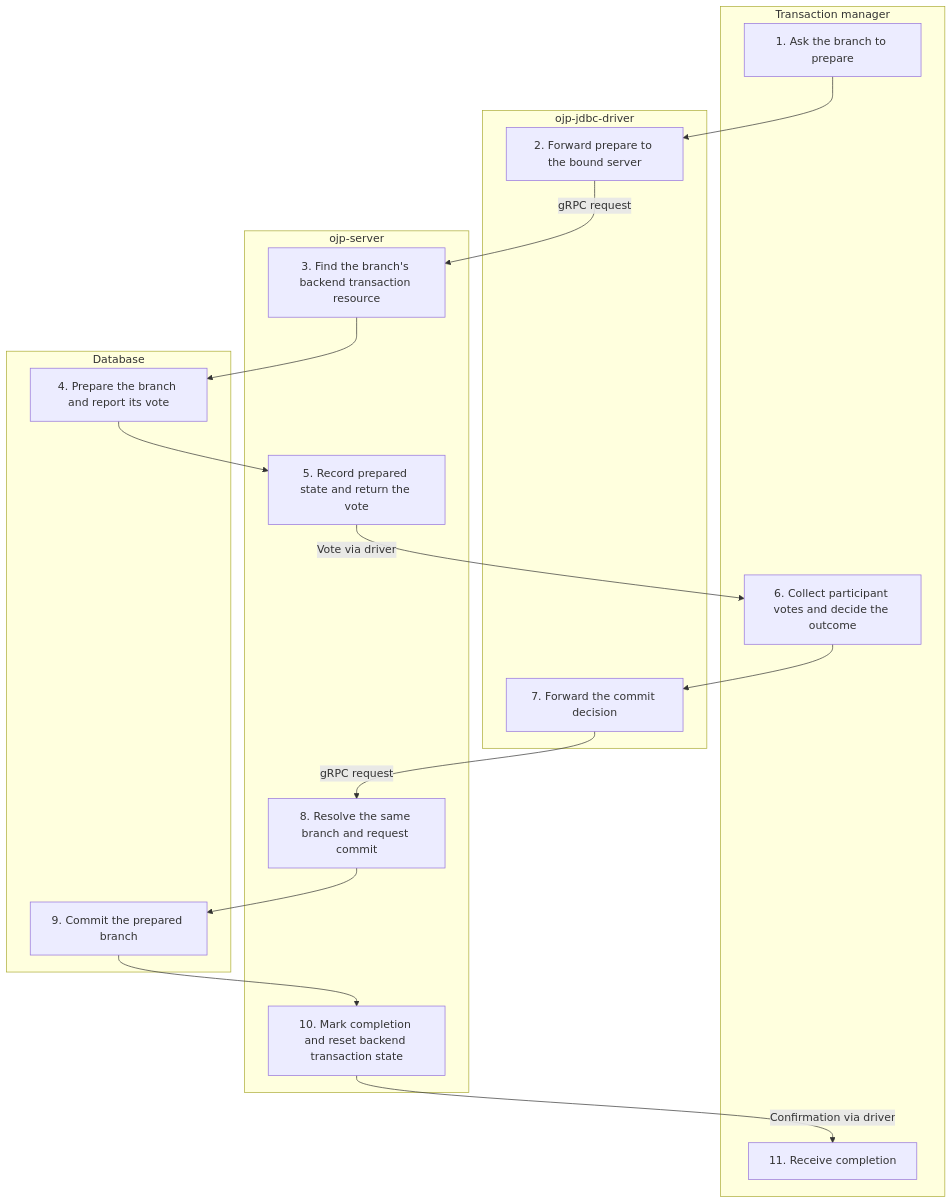
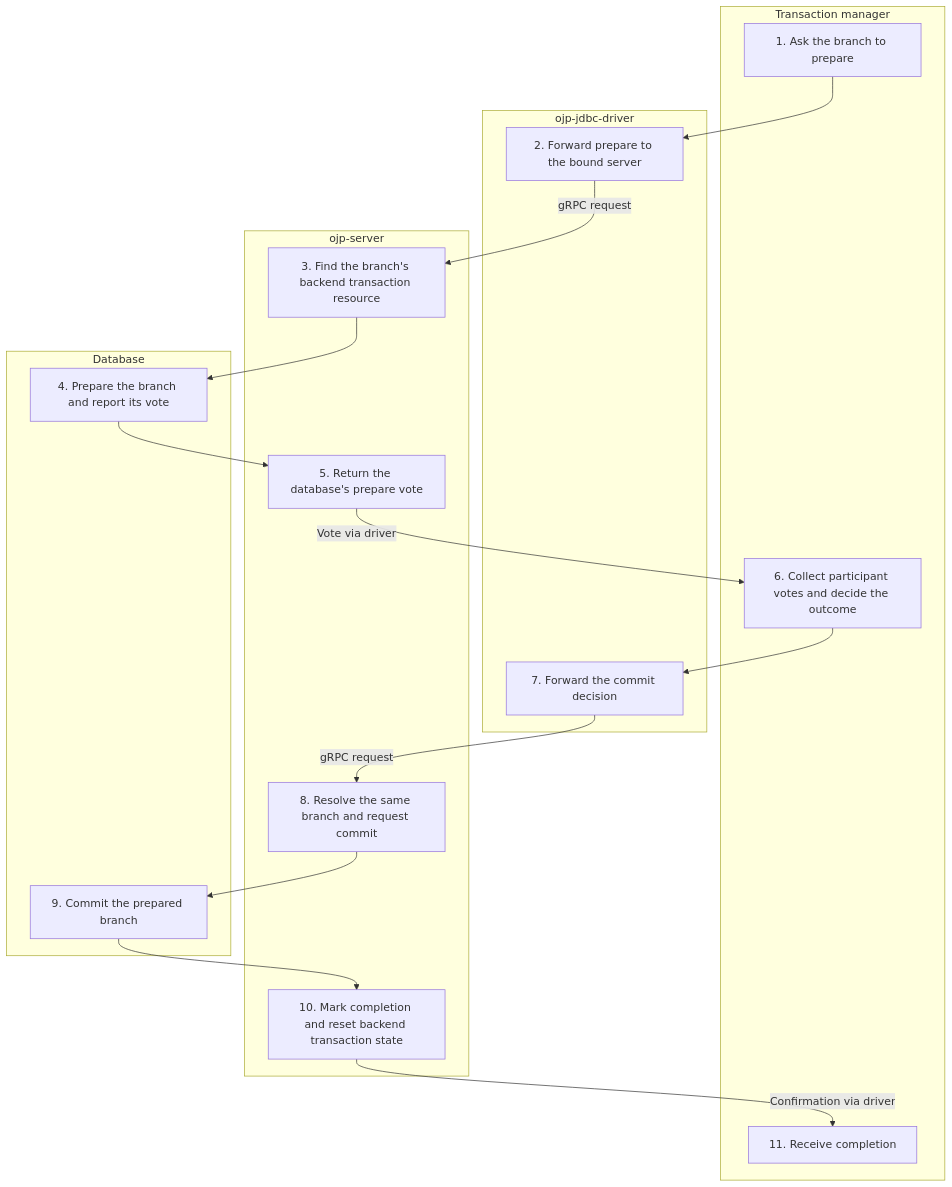
Before and after one commit to Open-J-Proxy/ojp: the diagram in documents/designs/XA_COMPLETION_FLOW.md, drawn with Mermaid. The commit also changed other lines of this file, not shown here.

Commit message:
Clarify XA prepare forwarding versus in-memory bookkeeping

````diff
--- a/documents/designs/XA_COMPLETION_FLOW.md
+++ b/documents/designs/XA_COMPLETION_FLOW.md
@@ -5,28 +5,28 @@
 ```mermaid
 flowchart TD
     subgraph tm["Transaction manager"]
         s1["1. Ask the branch to prepare"]
         s6["6. Collect participant votes and decide the outcome"]
         s11["11. Receive completion"]
     end
     subgraph driver["ojp-jdbc-driver"]
         s2["2. Forward prepare to the bound server"]
         s7["7. Forward the commit decision"]
     end
     subgraph server["ojp-server"]
         s3["3. Find the branch's backend transaction resource"]
-        s5["5. Record prepared state and return the vote"]
+        s5["5. Return the database's prepare vote"]
         s8["8. Resolve the same branch and request commit"]
         s10["10. Mark completion and reset backend transaction state"]
     end
     subgraph db["Database"]
         s4["4. Prepare the branch and report its vote"]
         s9["9. Commit the prepared branch"]
     end
     s1 --> s2
     s2 -->|"gRPC request"| s3
     s3 --> s4 --> s5 -->|"Vote via driver"| s6
     s6 --> s7
     s7 -->|"gRPC request"| s8
     s8 --> s9 --> s10 -->|"Confirmation via driver"| s11
 ```
````
